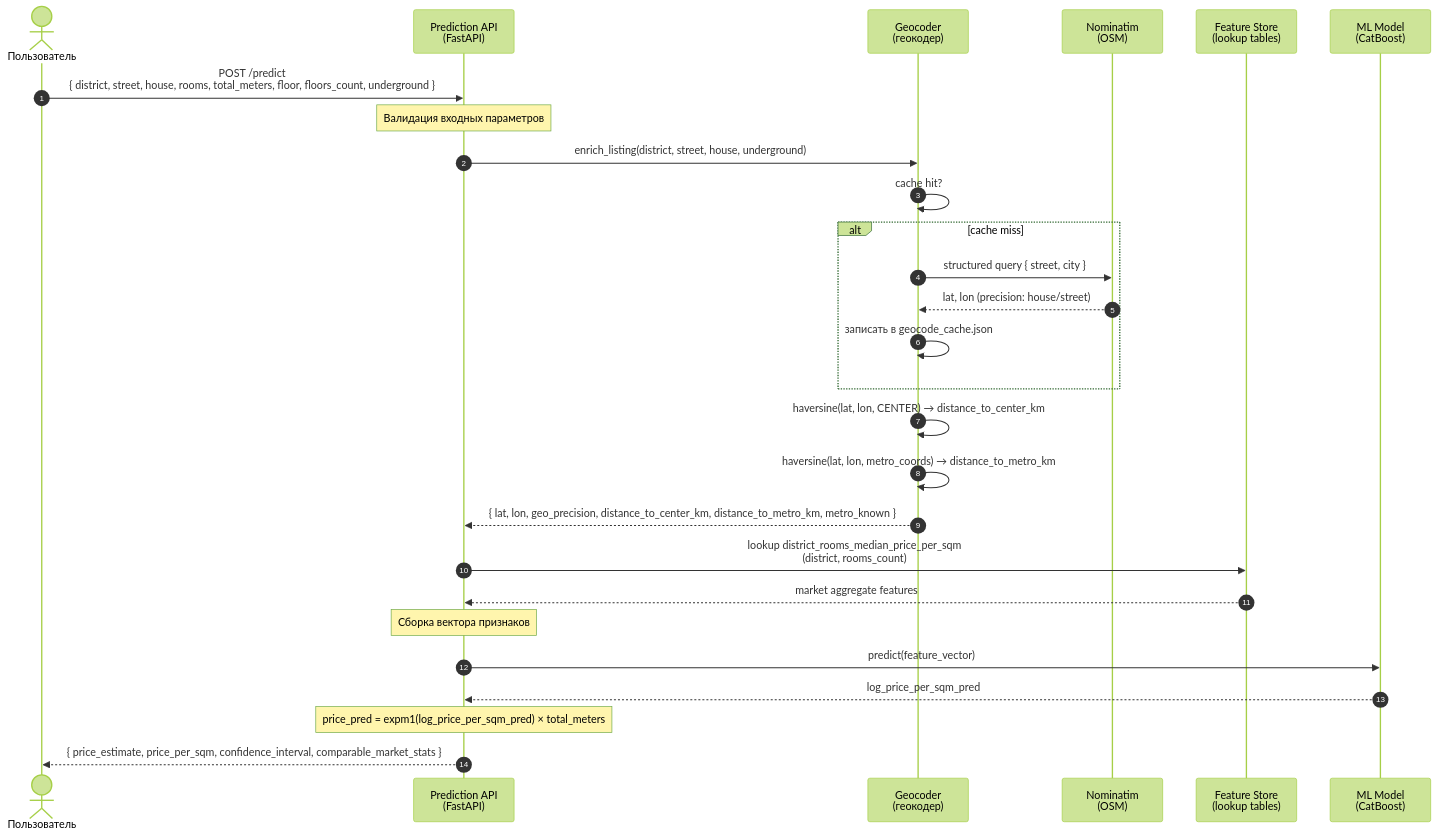
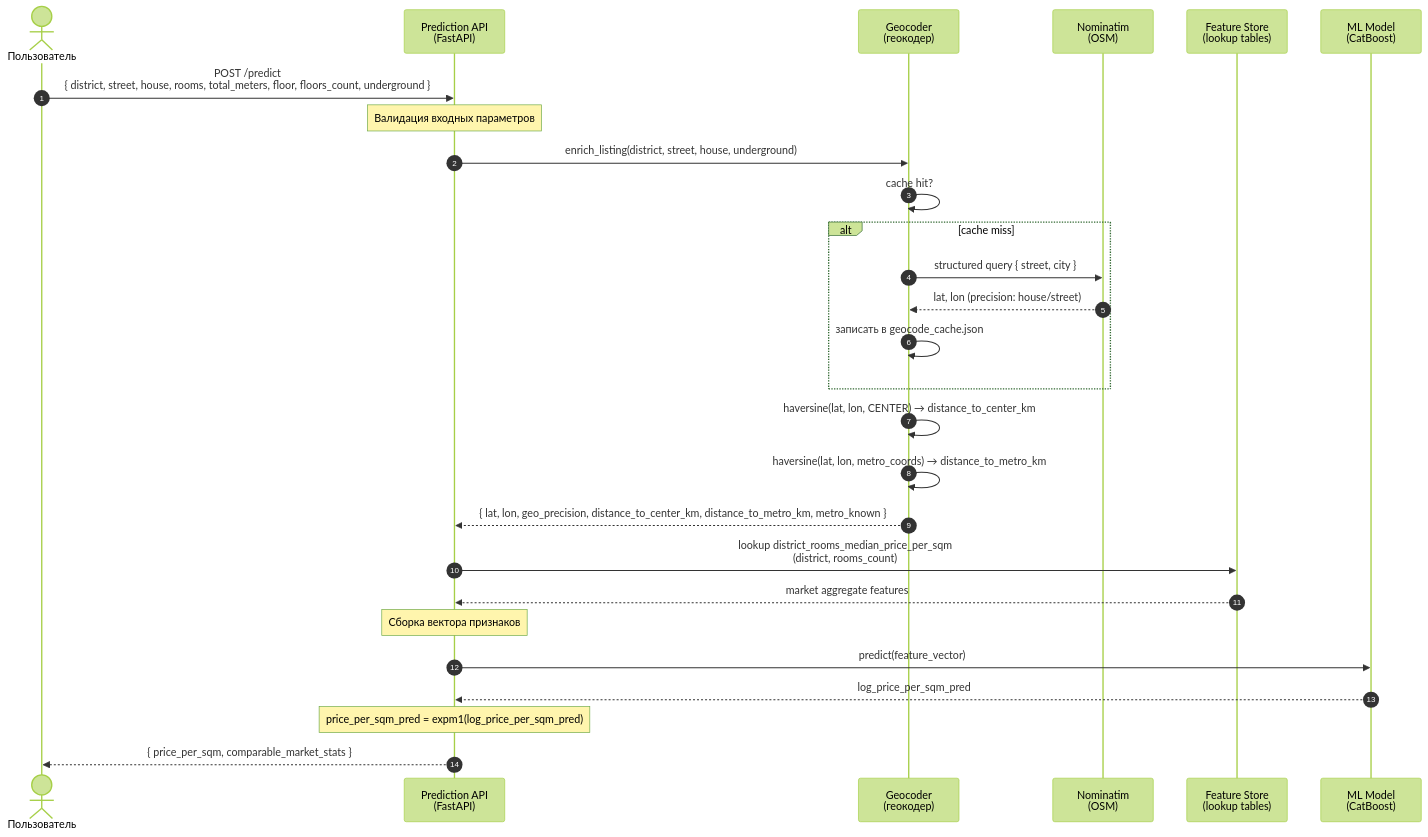
The second of 3 diagrams in docs/architecture_bpmn.md (firas-omran/CIAN-Real-Estate-Price-Intelligence-SPB), drawn with Mermaid (forest theme) before and after one commit. The commit also changed other lines of this file and 2 other files, not shown here.

First line of the commit message:
Add proper BPMN 2.0 data pipeline diagram

````diff
--- a/docs/architecture_bpmn.md
+++ b/docs/architecture_bpmn.md
@@ -7,38 +130,38 @@
 ```mermaid
 sequenceDiagram
     autonumber
     actor User as Пользователь
     participant API as Prediction API<br/>(FastAPI)
     participant GEO as Geocoder<br/>(геокодер)
     participant NOM as Nominatim<br/>(OSM)
     participant FS as Feature Store<br/>(lookup tables)
     participant ML as ML Model<br/>(CatBoost)
 
     User->>API: POST /predict<br/>{ district, street, house, rooms, total_meters, floor, floors_count, underground }
 
     Note over API: Валидация входных параметров
 
     API->>GEO: enrich_listing(district, street, house, underground)
 
     GEO->>GEO: cache hit?
     alt cache miss
         GEO->>NOM: structured query { street, city }
         NOM-->>GEO: lat, lon (precision: house/street)
         GEO->>GEO: записать в geocode_cache.json
     end
     GEO->>GEO: haversine(lat, lon, CENTER) → distance_to_center_km
     GEO->>GEO: haversine(lat, lon, metro_coords) → distance_to_metro_km
     GEO-->>API: { lat, lon, geo_precision, distance_to_center_km, distance_to_metro_km, metro_known }
 
     API->>FS: lookup district_rooms_median_price_per_sqm<br/>(district, rooms_count)
     FS-->>API: market aggregate features
 
     Note over API: Сборка вектора признаков
 
     API->>ML: predict(feature_vector)
     ML-->>API: log_price_per_sqm_pred
 
-    Note over API: price_pred = expm1(log_price_per_sqm_pred) × total_meters
+    Note over API: price_per_sqm_pred = expm1(log_price_per_sqm_pred)
 
-    API-->>User: { price_estimate, price_per_sqm, confidence_interval, comparable_market_stats }
+    API-->>User: { price_per_sqm, comparable_market_stats }
 ```
````
